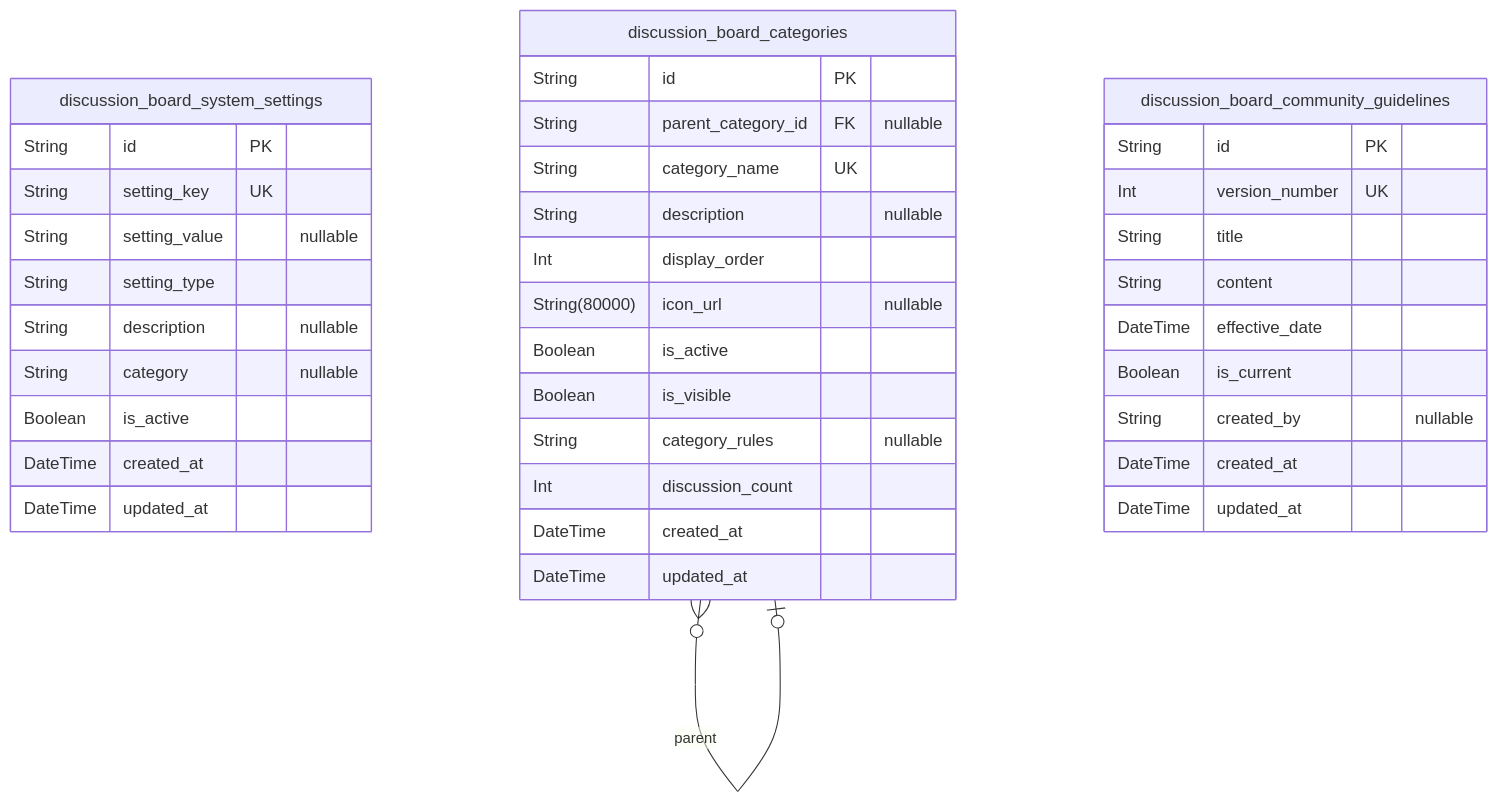
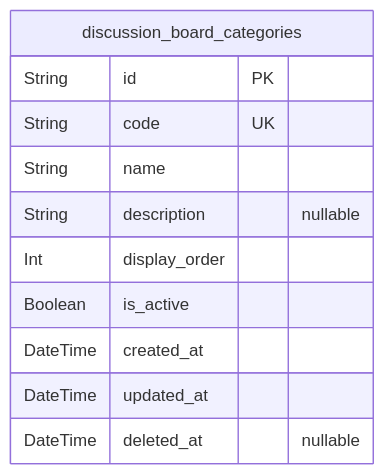
One commit to wrtnlabs/autobe-examples changed the first of 6 diagrams in anthropic/claude-haiku-4.5/bbs/docs/ERD.md. Above: the diagram before and after it, drawn with Mermaid. The commit also changed other lines of this file and 16146 other files, not shown here.

````diff
--- a/anthropic/claude-haiku-4.5/bbs/docs/ERD.md
+++ b/anthropic/claude-haiku-4.5/bbs/docs/ERD.md
@@ -16,40 +14,14 @@
 ```mermaid
 erDiagram
-"discussion_board_system_settings" {
+"discussion_board_categories" {
   String id PK
-  String setting_key UK
-  String setting_value "nullable"
-  String setting_type
+  String code UK
+  String name
   String description "nullable"
-  String category "nullable"
+  Int display_order
   Boolean is_active
   DateTime created_at
   DateTime updated_at
+  DateTime deleted_at "nullable"
 }
-"discussion_board_categories" {
-  String id PK
-  String parent_category_id FK "nullable"
-  String category_name UK
-  String description "nullable"
-  Int display_order
-  String(80000) icon_url "nullable"
-  Boolean is_active
-  Boolean is_visible
-  String category_rules "nullable"
-  Int discussion_count
-  DateTime created_at
-  DateTime updated_at
-}
-"discussion_board_community_guidelines" {
-  String id PK
-  Int version_number UK
-  String title
-  String content
-  DateTime effective_date
-  Boolean is_current
-  String created_by "nullable"
-  DateTime created_at
-  DateTime updated_at
-}
-"discussion_board_categories" }o--o| "discussion_board_categories" : parent
 ```
````
